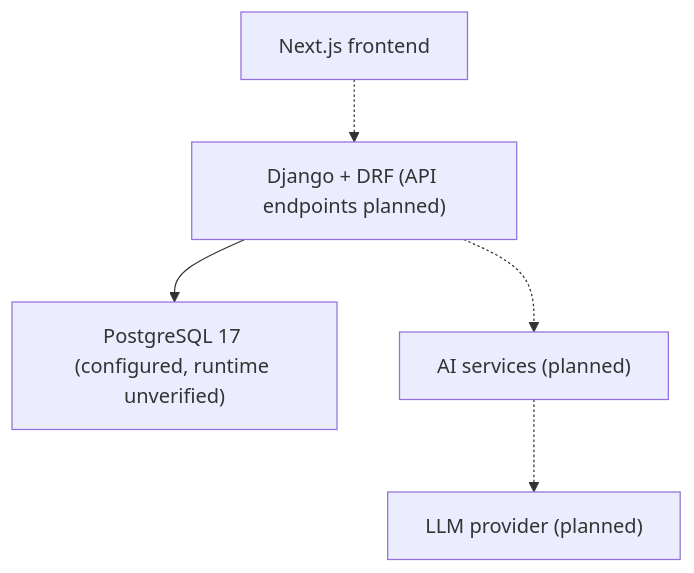
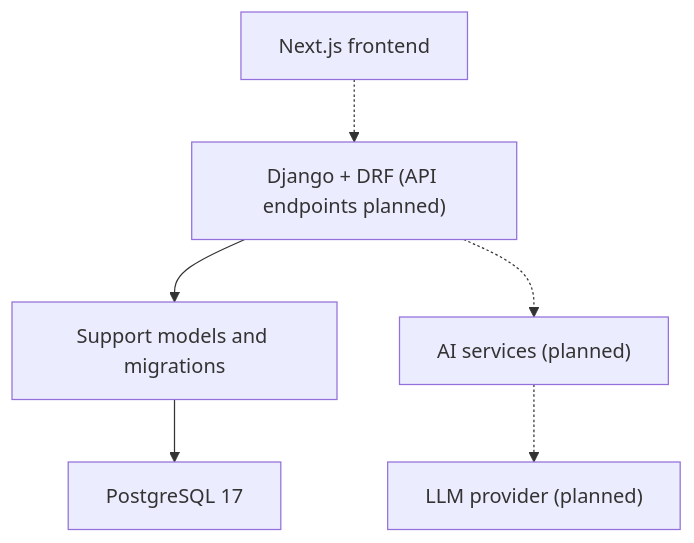
One commit to isazadesabuhi/ai-customer-support changed the diagram in docs/architecture/overview.md. Above: the diagram before and after it, drawn with Mermaid. The commit also changed other lines of this file and 25 other files, not shown here.

Commit message:
feat(support): add customer support models, migrations, constraints and tests

````diff
--- a/docs/architecture/overview.md
+++ b/docs/architecture/overview.md
@@ -7,12 +7,14 @@
 ```mermaid
 flowchart TD
     Frontend["Next.js frontend"]
     Backend["Django + DRF (API endpoints planned)"]
-    Database["PostgreSQL 17 (configured, runtime unverified)"]
+    Support["Support models and migrations"]
+    Database["PostgreSQL 17"]
     AI["AI services (planned)"]
     Provider["LLM provider (planned)"]
     Frontend -.-> Backend
-    Backend --> Database
+    Backend --> Support
+    Support --> Database
     Backend -.-> AI
     AI -.-> Provider
 ```
````
